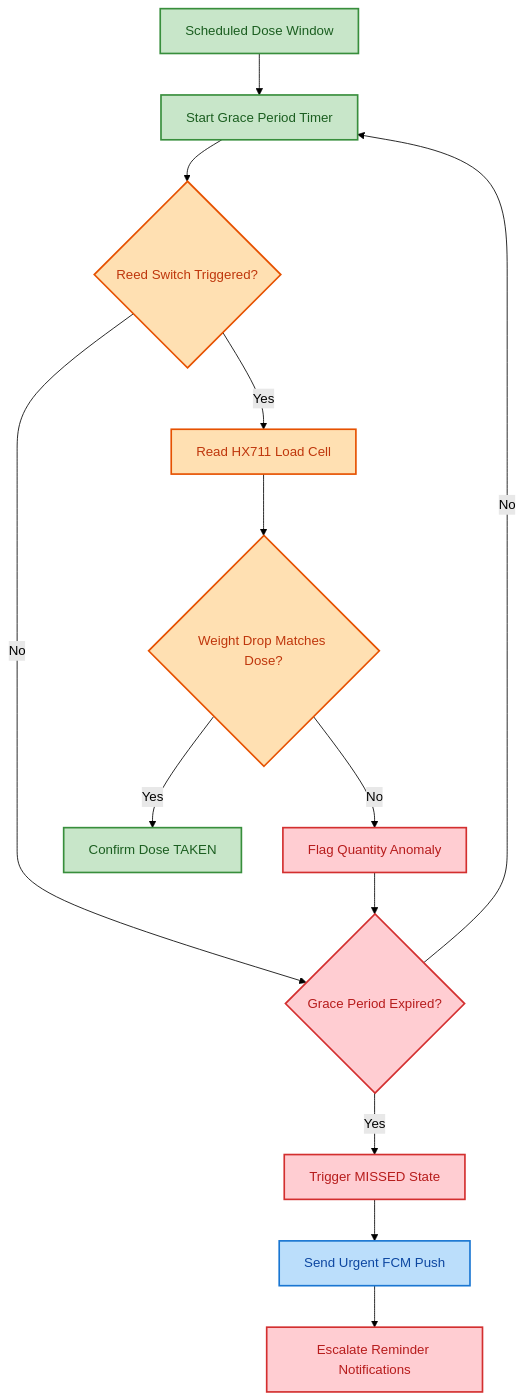
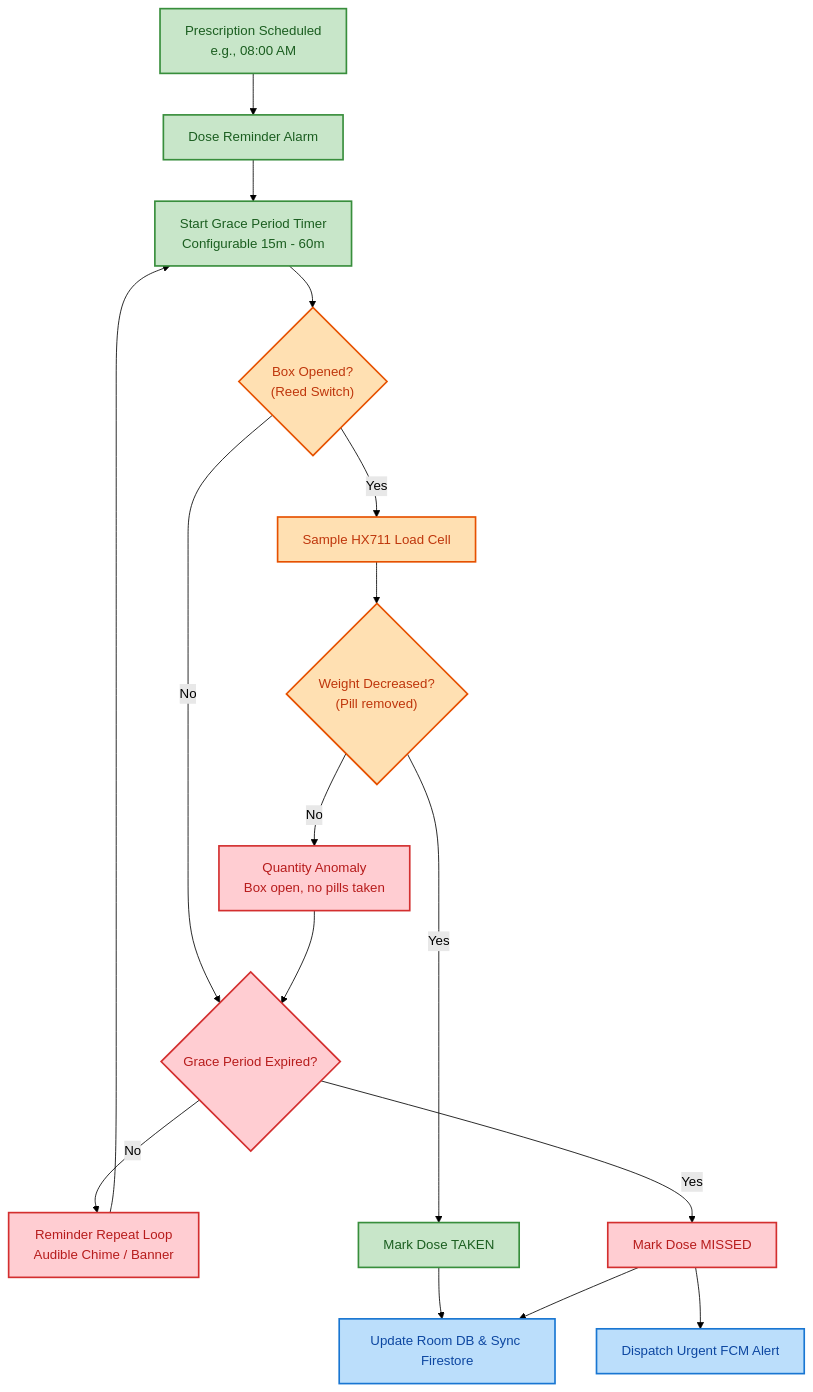
One commit to AdityaSurse/Smart-Medicine-Box-EIMS-Project- changed the third of 5 diagrams in README.md. Above: the diagram before and after it, drawn with Mermaid (forest theme). The commit also changed other lines of this file and 8 other files, not shown here.

````diff
--- a/README.md
+++ b/README.md
@@ -72,25 +102,31 @@
 ```mermaid
 flowchart TD
     classDef device fill:#FFE0B2,stroke:#E65100,stroke-width:2px,color:#BF360C;
     classDef cloud fill:#BBDEFB,stroke:#1976D2,stroke-width:2px,color:#0D47A1;
     classDef app fill:#C8E6C9,stroke:#388E3C,stroke-width:2px,color:#1B5E20;
     classDef alert fill:#FFCDD2,stroke:#D32F2F,stroke-width:2px,color:#B71C1C;
 
-    START["Scheduled Dose Window"] --> GRACE["Start Grace Period Timer"]
-    GRACE --> REED{"Reed Switch Triggered?"}
-    REED -- "No" --> EXPIRED{"Grace Period Expired?"}
-    EXPIRED -- "No" --> GRACE
-    EXPIRED -- "Yes" --> FIRE_MISSED["Trigger MISSED State"]
-    REED -- "Yes" --> READ_SCALE["Read HX711 Load Cell"]
-    READ_SCALE --> DELTA{"Weight Drop Matches Dose?"}
-    DELTA -- "Yes" --> CONFIRM_TAKEN["Confirm Dose TAKEN"]
-    DELTA -- "No" --> WARN["Flag Quantity Anomaly"]
-    WARN --> EXPIRED
-    FIRE_MISSED --> DISPATCH["Send Urgent FCM Push"]
-    DISPATCH --> ESCALATE["Escalate Reminder Notifications"]
+    PRE["Prescription Scheduled<br/>e.g., 08:00 AM"] --> ALARM_TRIG["Dose Reminder Alarm"]
+    ALARM_TRIG --> GRACE["Start Grace Period Timer<br/>Configurable 15m - 60m"]
+    GRACE --> REED{"Box Opened?<br/>(Reed Switch)"}
+    
+    REED -- "No" --> TIMEOUT{"Grace Period Expired?"}
+    TIMEOUT -- "No" --> REPEAT["Reminder Repeat Loop<br/>Audible Chime / Banner"]
+    REPEAT --> GRACE
+    TIMEOUT -- "Yes" --> MARK_MISSED["Mark Dose MISSED"]
 
-    class REED,READ_SCALE,DELTA device;
-    class DISPATCH cloud;
-    class START,GRACE,CONFIRM_TAKEN app;
-    class EXPIRED,FIRE_MISSED,WARN,ESCALATE alert;
+    REED -- "Yes" --> READ_LOAD["Sample HX711 Load Cell"]
+    READ_LOAD --> DELTA{"Weight Decreased?<br/>(Pill removed)"}
+    DELTA -- "Yes" --> MARK_TAKEN["Mark Dose TAKEN"]
+    DELTA -- "No" --> TAMPER["Quantity Anomaly<br/>Box open, no pills taken"]
+    TAMPER --> TIMEOUT
+
+    MARK_TAKEN --> PERSIST["Update Room DB & Sync Firestore"]
+    MARK_MISSED --> PERSIST
+    MARK_MISSED --> DISPATCH_FCM["Dispatch Urgent FCM Alert"]
+
+    class REED,READ_LOAD,DELTA device;
+    class PERSIST,DISPATCH_FCM cloud;
+    class PRE,ALARM_TRIG,GRACE,MARK_TAKEN app;
+    class TIMEOUT,REPEAT,MARK_MISSED,TAMPER alert;
 ```
````
